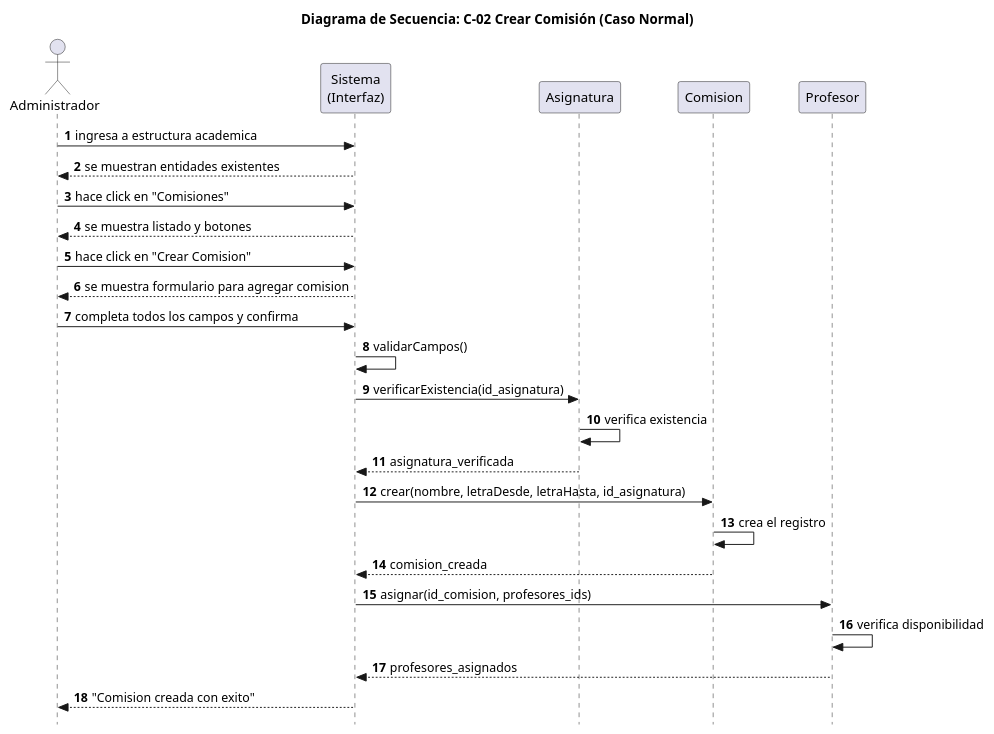
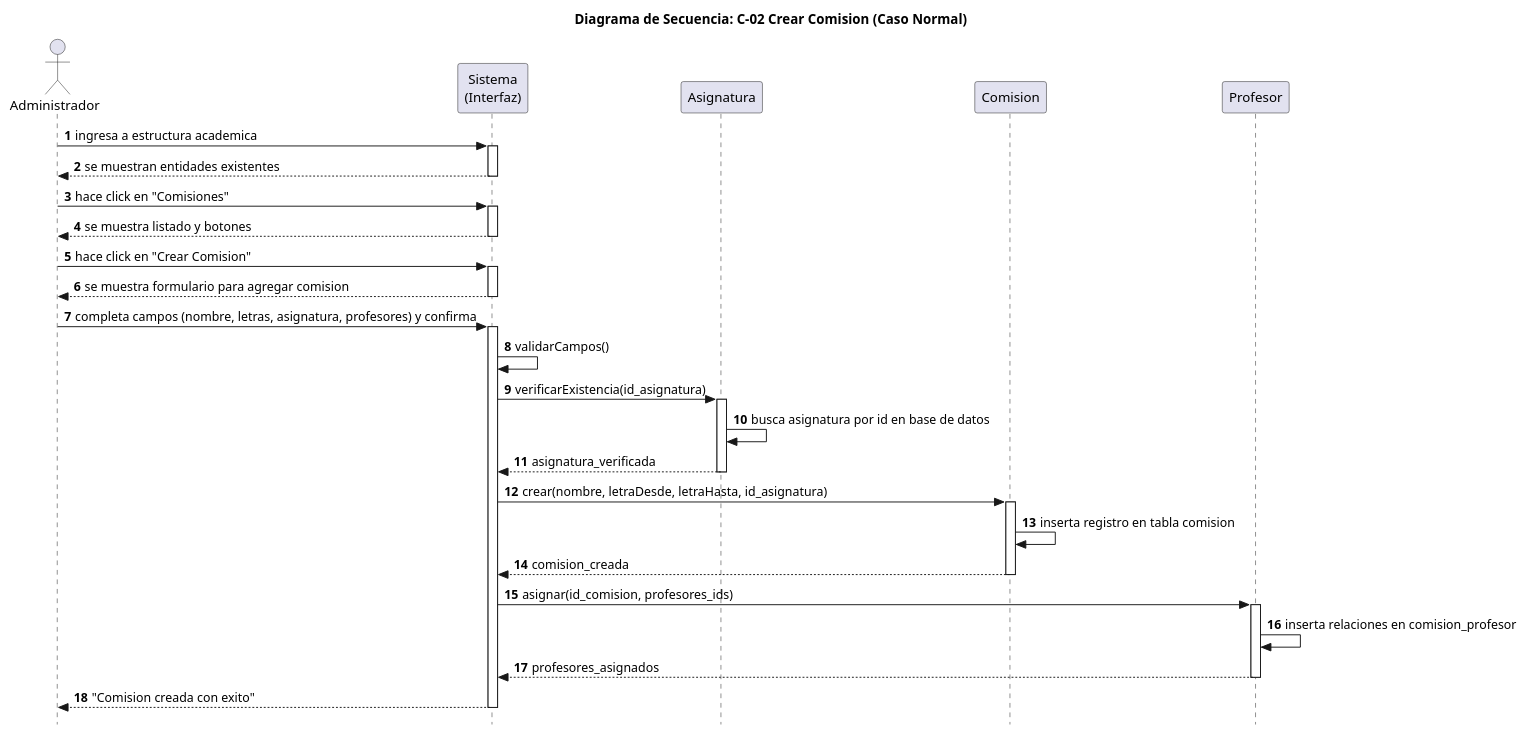
The diagram in docs/puml/C-02Crear Comisión (Caso Normal).puml (SantiagoScetti/sic-unne-admin), drawn with PlantUML before and after one commit. The commit also changed 5 other files, not shown here.

Commit message:
docs: refinamiento de PlantUML DS

```diff
--- a/docs/puml/C-02Crear Comisión (Caso Normal).puml
+++ b/docs/puml/C-02Crear Comisión (Caso Normal).puml
@@ -1,28 +1,59 @@
 @startuml
-title Diagrama de Secuencia: C-02 Crear Comisión (Caso Normal)
+
+title Diagrama de Secuencia: C-02 Crear Comision (Caso Normal)
+
 skinparam style strictuml
+skinparam ParticipantPadding 40
+skinparam BoxPadding 20
+
 autonumber
+
 actor Administrador
+
 participant "Sistema\n(Interfaz)" as Interfaz
 participant "Asignatura" as AS
-participant "Comision" as C
-participant "Profesor" as P
+participant "Comision"   as C
+participant "Profesor"   as P
+
 Administrador -> Interfaz: ingresa a estructura academica
+activate Interfaz
 Interfaz --> Administrador: se muestran entidades existentes
+deactivate Interfaz
+
 Administrador -> Interfaz: hace click en "Comisiones"
+activate Interfaz
 Interfaz --> Administrador: se muestra listado y botones
+deactivate Interfaz
+
 Administrador -> Interfaz: hace click en "Crear Comision"
+activate Interfaz
 Interfaz --> Administrador: se muestra formulario para agregar comision
-Administrador -> Interfaz: completa todos los campos y confirma
+deactivate Interfaz
+
+Administrador -> Interfaz: completa campos (nombre, letras, asignatura, profesores) y confirma
+activate Interfaz
+
 Interfaz -> Interfaz: validarCampos()
+
 Interfaz -> AS: verificarExistencia(id_asignatura)
-AS -> AS: verifica existencia
-AS --> Interfaz: asignatura_verificada
+activate AS
+AS -> AS: busca asignatura por id en base de datos
+Interfaz <-- AS: asignatura_verificada
+deactivate AS
+
 Interfaz -> C: crear(nombre, letraDesde, letraHasta, id_asignatura)
-C -> C: crea el registro
-C --> Interfaz: comision_creada
+activate C
+C -> C: inserta registro en tabla comision
+Interfaz <-- C: comision_creada
+deactivate C
+
 Interfaz -> P: asignar(id_comision, profesores_ids)
-P -> P: verifica disponibilidad
-P --> Interfaz: profesores_asignados
+activate P
+P -> P: inserta relaciones en comision_profesor
+Interfaz <-- P: profesores_asignados
+deactivate P
+
 Interfaz --> Administrador: "Comision creada con exito"
+deactivate Interfaz
+
 @enduml
```
